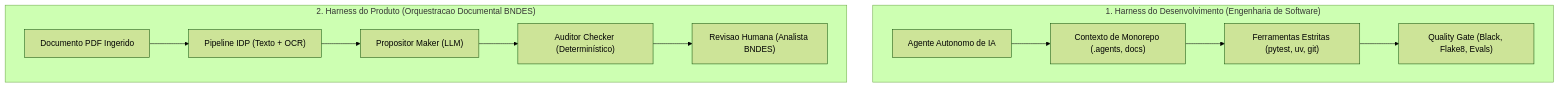
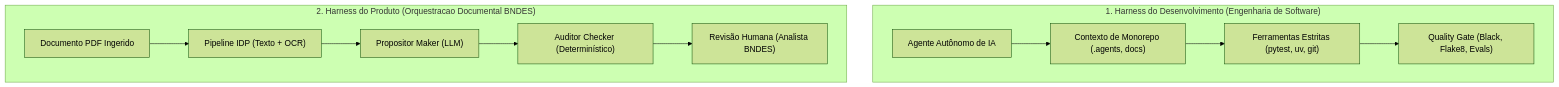
The first of 2 diagrams in docs/planning/harness-engineering.md (conformia-bndes/conformia-platform), drawn with Mermaid (forest theme) before and after one commit. The commit also changed other lines of this file and 21 other files, not shown here.

First line of the commit message:
docs: Refine documentation in requirements and sprints-roadmap

````diff
--- a/docs/planning/harness-engineering.md
+++ b/docs/planning/harness-engineering.md
@@ -17,19 +17,19 @@
 ```mermaid
 flowchart TD
     subgraph HarnessDev["1. Harness do Desenvolvimento (Engenharia de Software)"]
-        AgenteDev["Agente Autonomo de IA"]
+        AgenteDev["Agente Autônomo de IA"]
         ContextoGit["Contexto de Monorepo (.agents, docs)"]
         FerramentasLocais["Ferramentas Estritas (pytest, uv, git)"]
         QualityGate["Quality Gate (Black, Flake8, Evals)"]
         AgenteDev --> ContextoGit --> FerramentasLocais --> QualityGate
     end
 
     subgraph HarnessProd["2. Harness do Produto (Orquestracao Documental BNDES)"]
         PDF["Documento PDF Ingerido"]
         ExtratorIDP["Pipeline IDP (Texto + OCR)"]
         Maker["Propositor Maker (LLM)"]
         Checker["Auditor Checker (Determinístico)"]
-        HITL["Revisao Humana (Analista BNDES)"]
+        HITL["Revisão Humana (Analista BNDES)"]
         PDF --> ExtratorIDP --> Maker --> Checker --> HITL
     end
 ```
````
